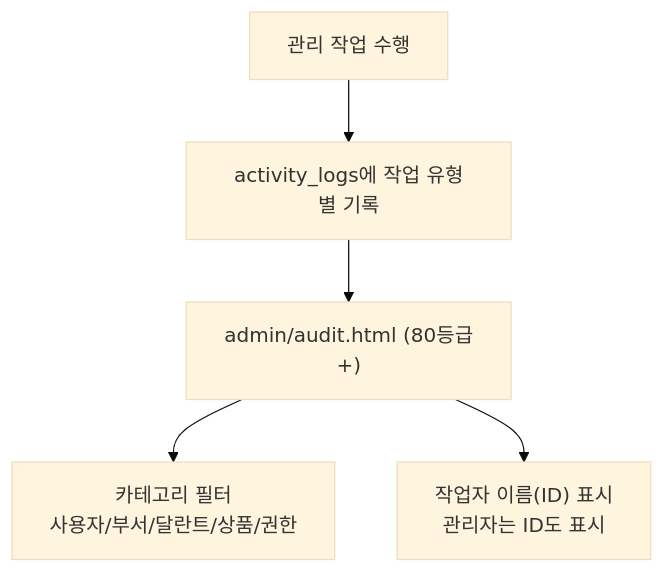
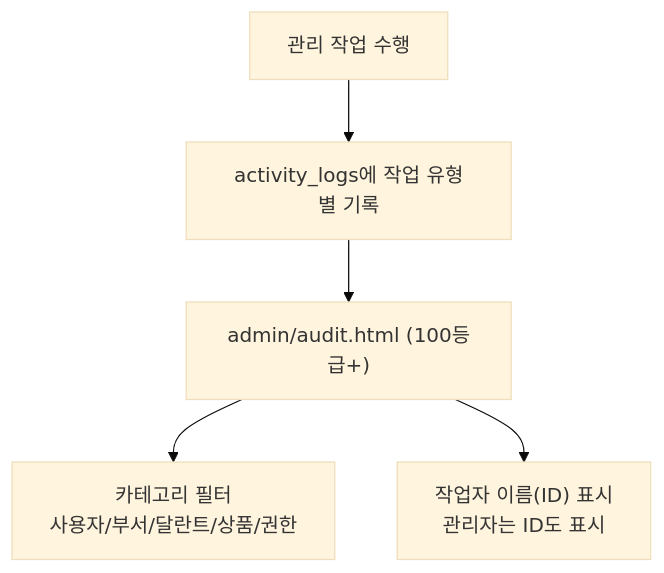
One commit to CHO-Talents/CHO-Talents changed the tenth of 11 diagrams in docs/PROJECT_ARCHITECTURE_FLOW.md. Above: the diagram before and after it, drawn with Mermaid (base theme). The commit also changed other lines of this file and 4 other files, not shown here.

````diff
--- a/docs/PROJECT_ARCHITECTURE_FLOW.md
+++ b/docs/PROJECT_ARCHITECTURE_FLOW.md
@@ -357,7 +365,7 @@
 ```mermaid
 flowchart TD
   AdminAction["관리 작업 수행"] --> AuditLog["activity_logs에 작업 유형별 기록"]
-  AuditLog --> AuditPage["admin/audit.html (80등급+)"]
+  AuditLog --> AuditPage["admin/audit.html (100등급+)"]
   AuditPage --> CategoryFilter["카테고리 필터<br/>사용자/부서/달란트/상품/권한"]
   AuditPage --> ActorInfo["작업자 이름(ID) 표시<br/>관리자는 ID도 표시"]
 ```
````
